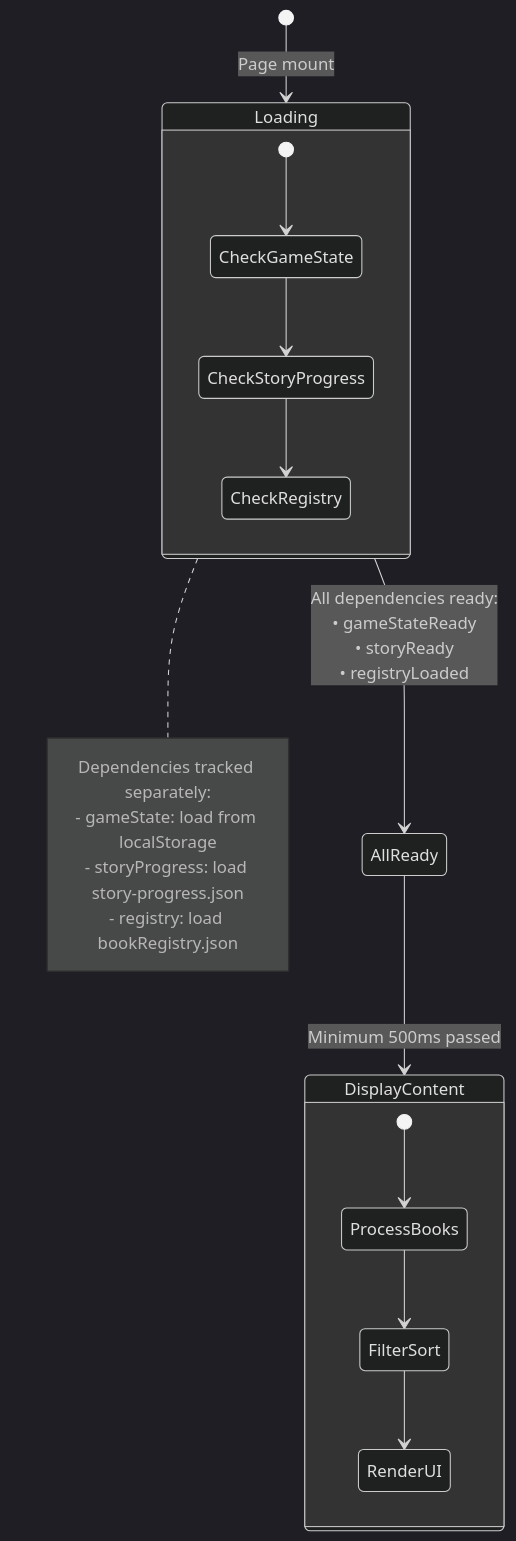
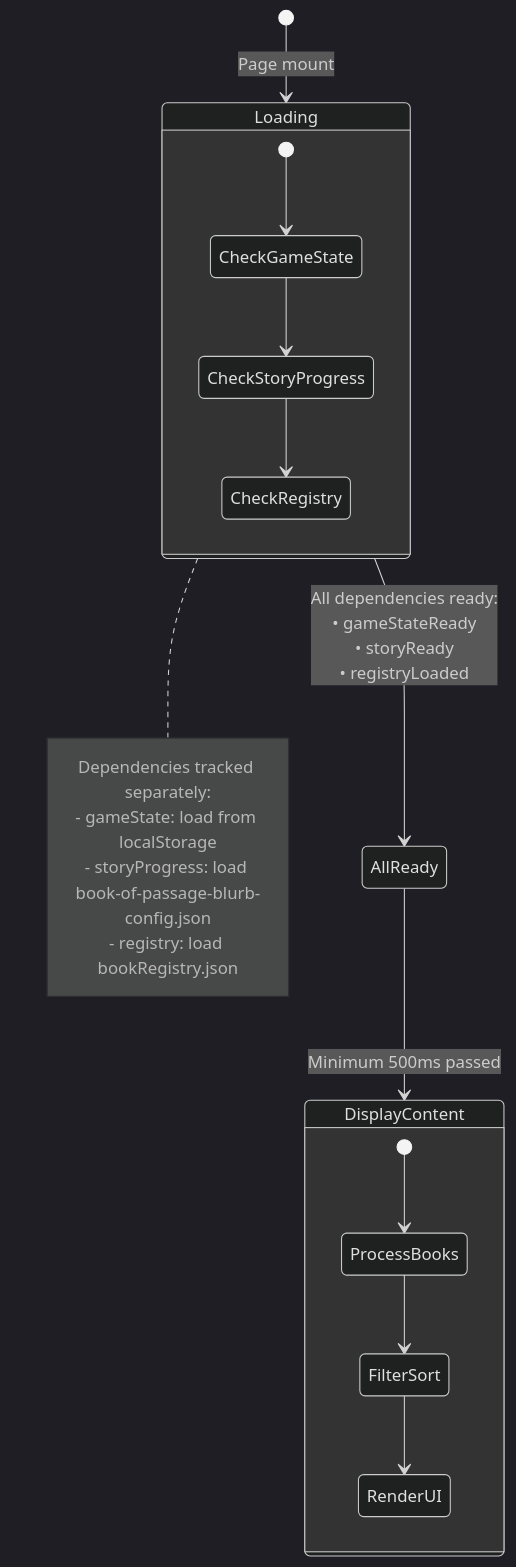
Before and after one commit to SheDreamsWithAIs/Chronicles-of-the-kethaneum: the ninth of 14 diagrams in docs/diagrams/book-of-passage-screen.md, drawn with Mermaid (dark theme). The commit also changed other lines of this file and 2 other files, not shown here.

First line of the commit message:
Update remaining documentation references to new config structure

````diff
--- a/docs/diagrams/book-of-passage-screen.md
+++ b/docs/diagrams/book-of-passage-screen.md
@@ -399,27 +399,27 @@
 ```mermaid
 stateDiagram-v2
     [*] --> Loading: Page mount
 
     state Loading {
         [*] --> CheckGameState
         CheckGameState --> CheckStoryProgress
         CheckStoryProgress --> CheckRegistry
     }
 
     Loading --> AllReady: All dependencies ready:<br/>• gameStateReady<br/>• storyReady<br/>• registryLoaded
 
     AllReady --> DisplayContent: Minimum 500ms passed
 
     state DisplayContent {
         [*] --> ProcessBooks
         ProcessBooks --> FilterSort
         FilterSort --> RenderUI
     }
 
     note right of Loading
         Dependencies tracked separately:
         - gameState: load from localStorage
-        - storyProgress: load story-progress.json
+        - storyProgress: load book-of-passage-blurb-config.json
         - registry: load bookRegistry.json
     end note
 ```
````
